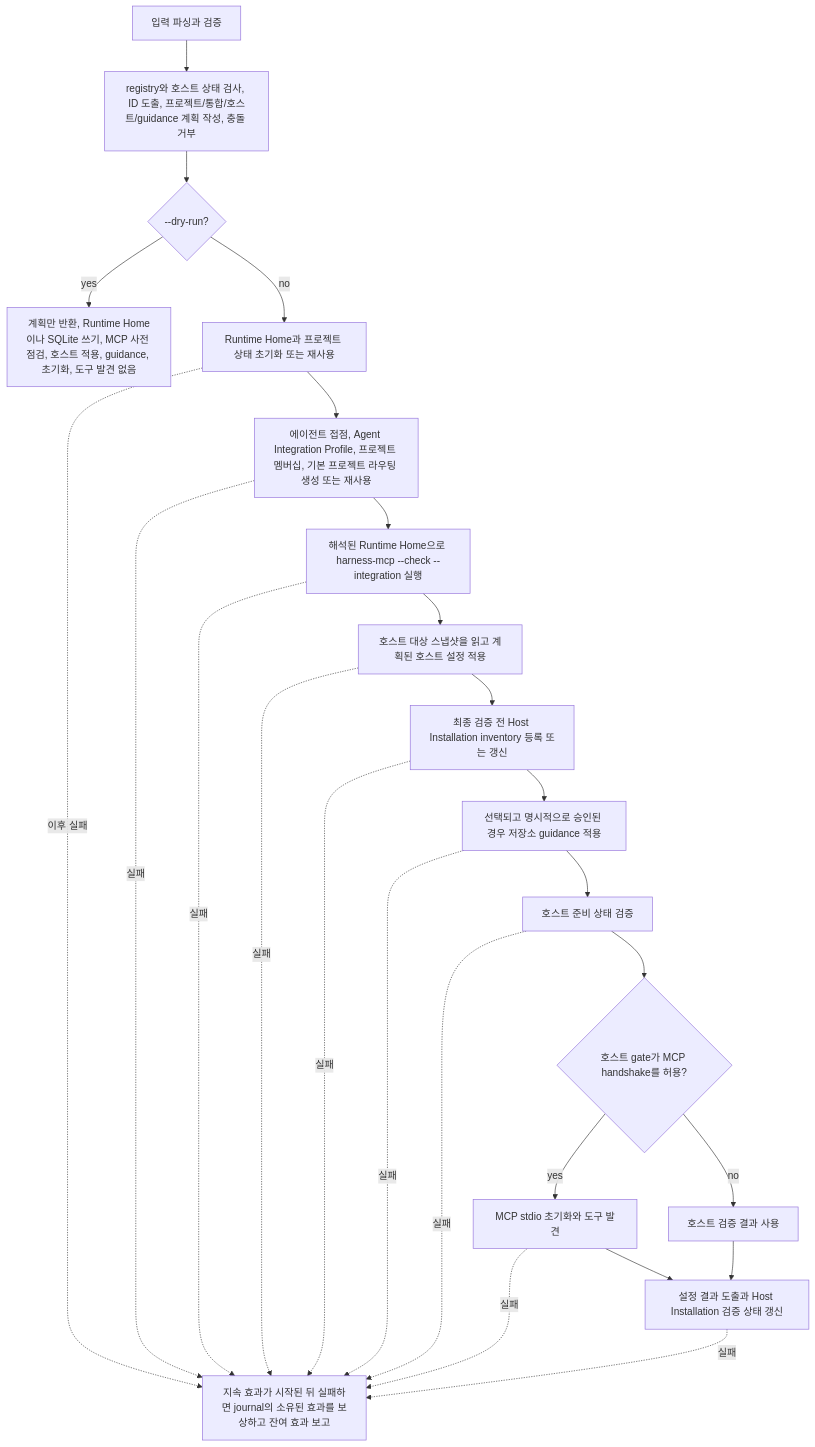
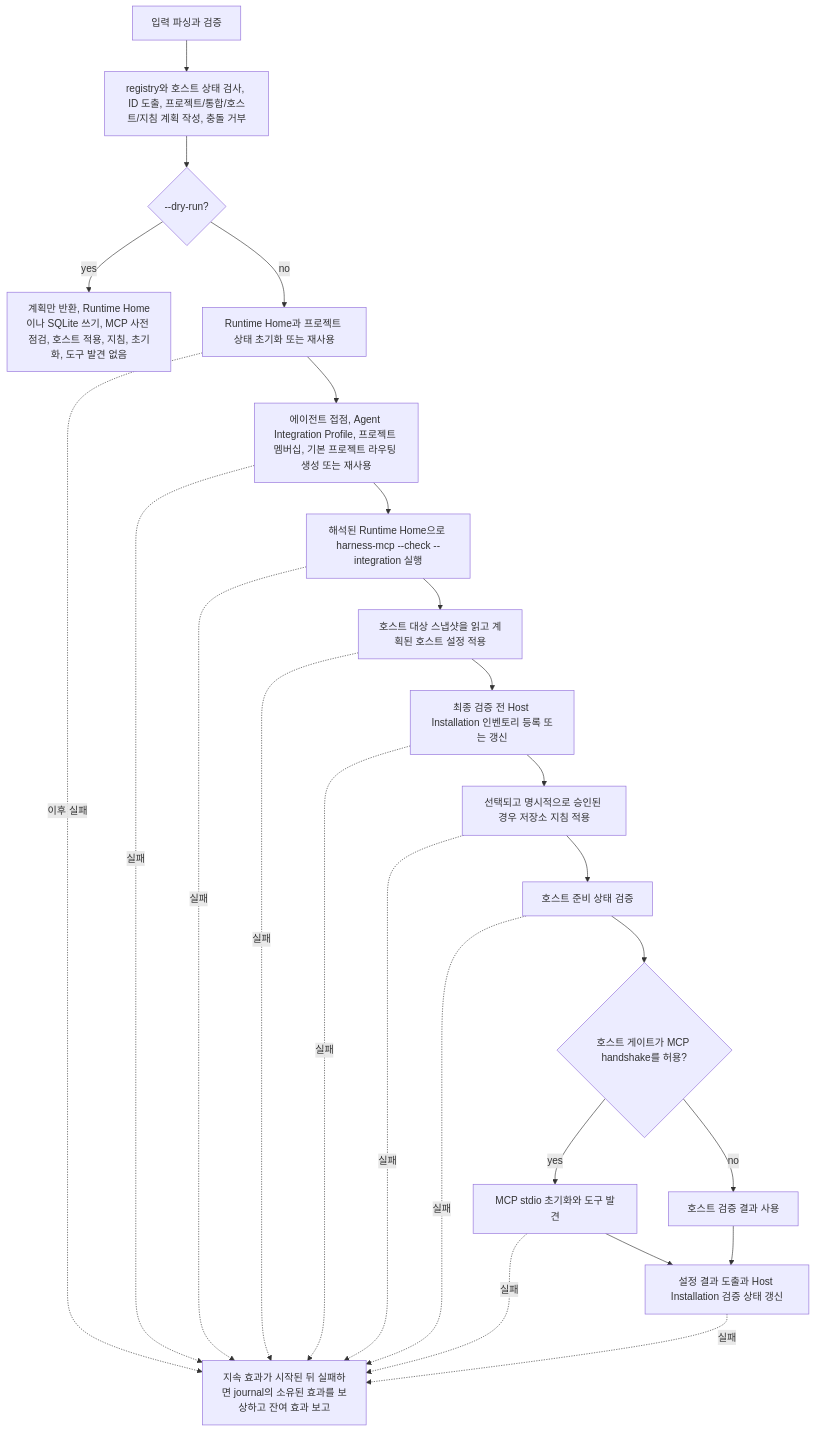
One commit to minjungw00/Harness_Project changed the fourth of 4 diagrams in docs/ko/development/architecture.md. Above: the diagram before and after it, drawn with Mermaid. The commit also changed other lines of this file and 22 other files, not shown here.

````diff
--- a/docs/ko/development/architecture.md
+++ b/docs/ko/development/architecture.md
@@ -223,34 +223,34 @@
 ```mermaid
 flowchart TD
   parse["입력 파싱과 검증"]
-  plan["registry와 호스트 상태 검사, ID 도출, 프로젝트/통합/호스트/guidance 계획 작성, 충돌 거부"]
+  plan["registry와 호스트 상태 검사, ID 도출, 프로젝트/통합/호스트/지침 계획 작성, 충돌 거부"]
   dry{"--dry-run?"}
-  dryout["계획만 반환, Runtime Home이나 SQLite 쓰기, MCP 사전 점검, 호스트 적용, guidance, 초기화, 도구 발견 없음"]
+  dryout["계획만 반환, Runtime Home이나 SQLite 쓰기, MCP 사전 점검, 호스트 적용, 지침, 초기화, 도구 발견 없음"]
   runtime["Runtime Home과 프로젝트 상태 초기화 또는 재사용"]
   integration["에이전트 접점, Agent Integration Profile, 프로젝트 멤버십, 기본 프로젝트 라우팅 생성 또는 재사용"]
   preflight["해석된 Runtime Home으로 harness-mcp --check --integration 실행"]
   host["호스트 대상 스냅샷을 읽고 계획된 호스트 설정 적용"]
-  inventory["최종 검증 전 Host Installation inventory 등록 또는 갱신"]
-  guidance["선택되고 명시적으로 승인된 경우 저장소 guidance 적용"]
+  inventory["최종 검증 전 Host Installation 인벤토리 등록 또는 갱신"]
+  guidance["선택되고 명시적으로 승인된 경우 저장소 지침 적용"]
   readiness["호스트 준비 상태 검증"]
-  gate{"호스트 gate가 MCP handshake를 허용?"}
+  gate{"호스트 게이트가 MCP handshake를 허용?"}
   handshake["MCP stdio 초기화와 도구 발견"]
   hostonly["호스트 검증 결과 사용"]
   final["설정 결과 도출과 Host Installation 검증 상태 갱신"]
   fail["지속 효과가 시작된 뒤 실패하면 journal의 소유된 효과를 보상하고 잔여 효과 보고"]
 
   parse --> plan --> dry
   dry -- yes --> dryout
   dry -- no --> runtime --> integration --> preflight --> host --> inventory --> guidance --> readiness --> gate
   gate -- yes --> handshake --> final
   gate -- no --> hostonly --> final
   runtime -. 이후 실패 .-> fail
   integration -. 실패 .-> fail
   preflight -. 실패 .-> fail
   host -. 실패 .-> fail
   inventory -. 실패 .-> fail
   guidance -. 실패 .-> fail
   readiness -. 실패 .-> fail
   handshake -. 실패 .-> fail
   final -. 실패 .-> fail
 ```
````
